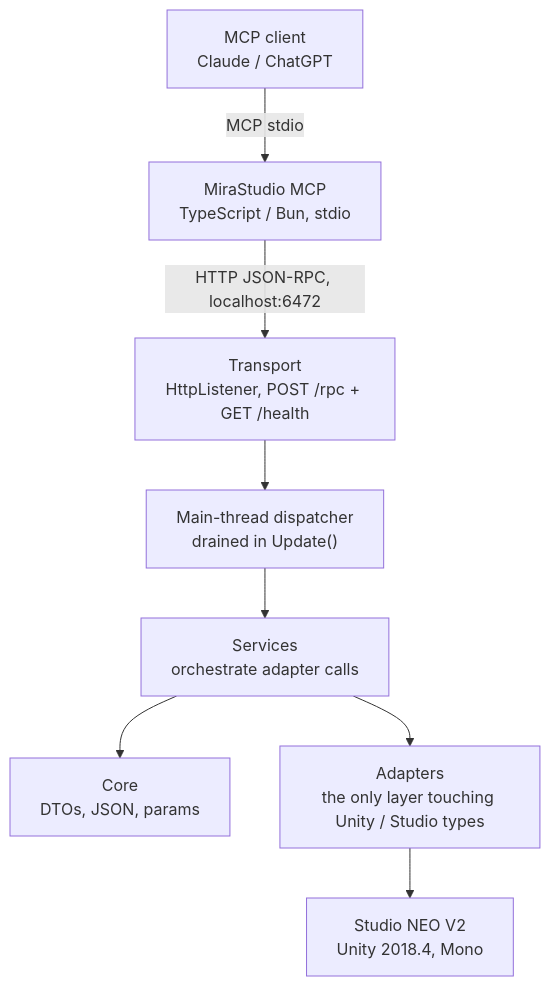
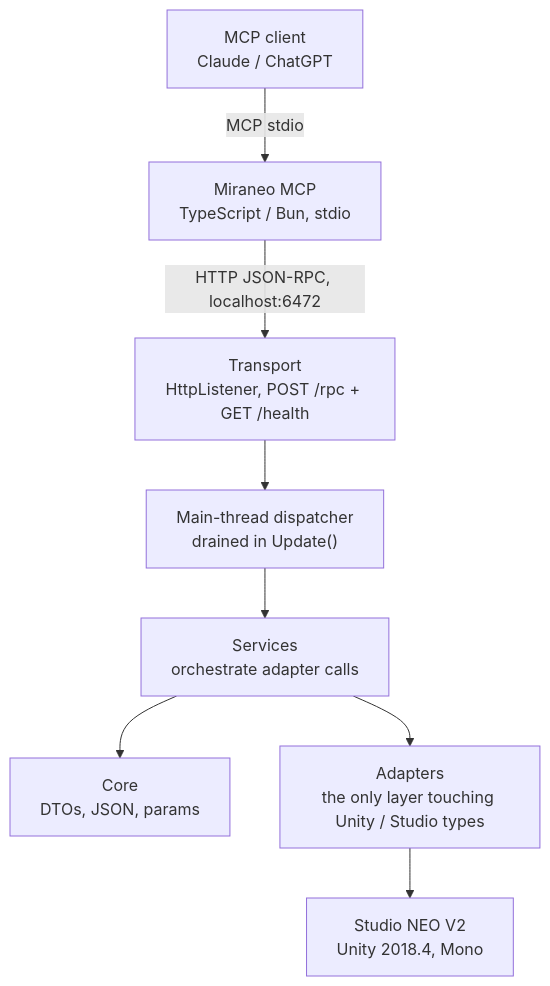
One commit to miralabs-games/miraneo changed the diagram in README.md. Above: the diagram before and after it, drawn with Mermaid. The commit also changed other lines of this file and 55 other files, not shown here.

First line of the commit message:
chore: rename project from MiraStudio to Miraneo

````diff
--- a/README.md
+++ b/README.md
@@ -137,19 +137,19 @@
 ```mermaid
 flowchart TD
     A["MCP client<br/>Claude / ChatGPT"]
-    B["MiraStudio MCP<br/>TypeScript / Bun, stdio"]
+    B["Miraneo MCP<br/>TypeScript / Bun, stdio"]
     C["Transport<br/>HttpListener, POST /rpc + GET /health"]
     D["Main-thread dispatcher<br/>drained in Update()"]
     E["Services<br/>orchestrate adapter calls"]
     F["Core<br/>DTOs, JSON, params"]
     G["Adapters<br/>the only layer touching Unity / Studio types"]
     H["Studio NEO V2<br/>Unity 2018.4, Mono"]
 
     A -->|MCP stdio| B
     B -->|HTTP JSON-RPC, localhost:6472| C
     C --> D
     D --> E
     E --> F
     E --> G
     G --> H
 ```
````
